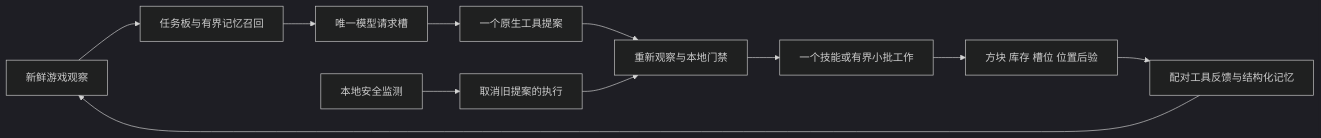
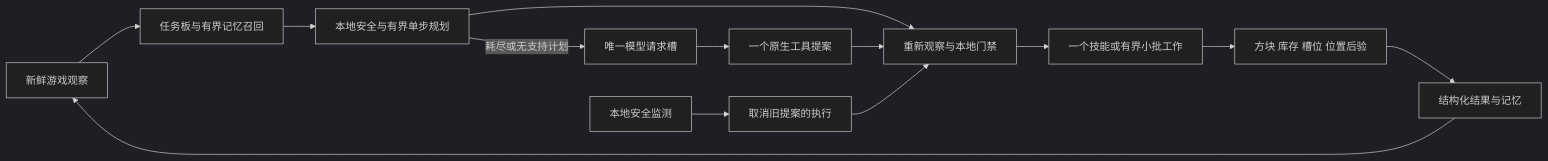
One commit to Mxpea/BotSleep changed the diagram in docs/DAILY_SURVIVAL.md. Above: the diagram before and after it, drawn with Mermaid (dark theme). The commit also changed other lines of this file and 54 other files, not shown here.

````diff
--- a/docs/DAILY_SURVIVAL.md
+++ b/docs/DAILY_SURVIVAL.md
@@ -34,13 +36,15 @@
 ```mermaid
 flowchart LR
     O[新鲜游戏观察] --> T[任务板与有界记忆召回]
-    T --> G[唯一模型请求槽]
+    T --> L[本地安全与有界单步规划]
+    L --> R
+    L -->|耗尽或无支持计划| G[唯一模型请求槽]
     G --> M[一个原生工具提案]
     M --> R[重新观察与本地门禁]
     R --> S[一个技能或有界小批工作]
     S --> V[方块 库存 槽位 位置后验]
-    V --> F[配对工具反馈与结构化记忆]
+    V --> F[结构化结果与记忆]
     F --> O
     W[本地安全监测] --> C[取消旧提案的执行]
     C --> R
 ```
````
